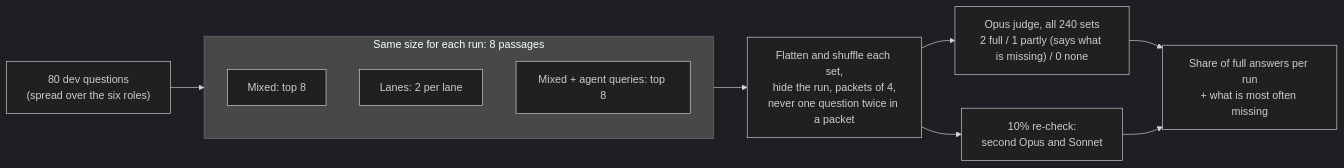
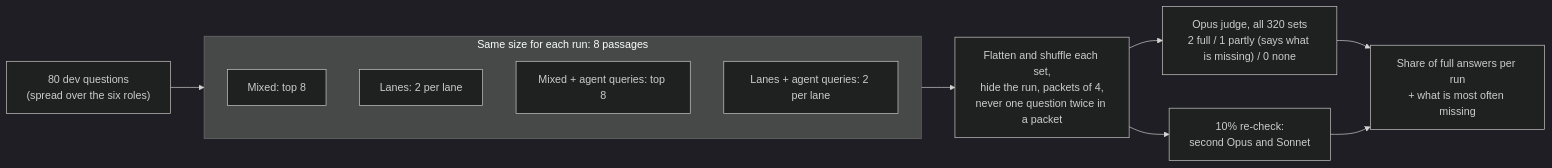
One commit to florinmarcus/builders_lab changed the sixth of 6 diagrams in architecture/design/retrieval-tuning.md. Above: the diagram before and after it, drawn with Mermaid (dark theme). The commit also changed other lines of this file and 2 other files, not shown here.

Commit message:
Evals: one note for runs B1 to B4 (what, code commit, command, results); B4 joins the answer-set judge
Claude-Session: https://claude.ai/code/session_01F8Dg4SJD25CJrt8sDTyUaT

````diff
--- a/architecture/design/retrieval-tuning.md
+++ b/architecture/design/retrieval-tuning.md
@@ -133,15 +134,16 @@
 ```mermaid
 flowchart LR
     q["80 dev questions<br/>(spread over the six roles)"] --> sets
     subgraph sets["Same size for each run: 8 passages"]
         direction TB
         m8["Mixed: top 8"]
         l2["Lanes: 2 per lane"]
         f8["Mixed + agent queries: top 8"]
+        lf2["Lanes + agent queries: 2 per lane"]
     end
     sets --> blind["Flatten and shuffle each set,<br/>hide the run, packets of 4,<br/>never one question twice in a packet"]
-    blind --> j["Opus judge, all 240 sets<br/>2 full / 1 partly (says what is missing) / 0 none"]
+    blind --> j["Opus judge, all 320 sets<br/>2 full / 1 partly (says what is missing) / 0 none"]
     blind --> r["10% re-check:<br/>second Opus and Sonnet"]
     j --> sc["Share of full answers per run<br/>+ what is most often missing"]
     r --> sc
 ```
````
